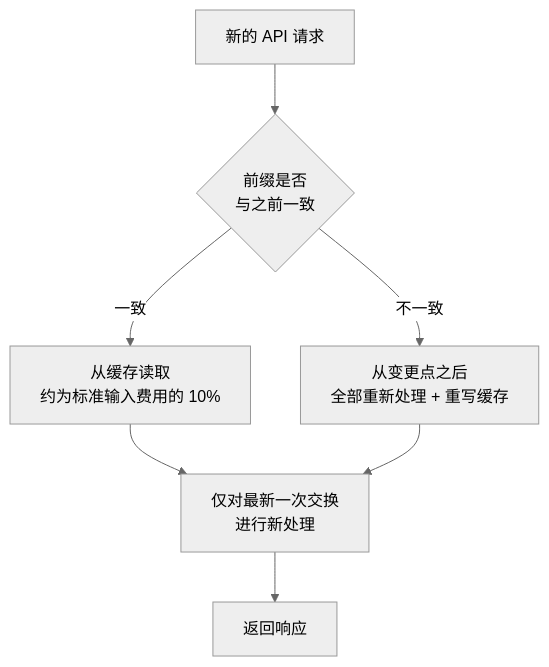
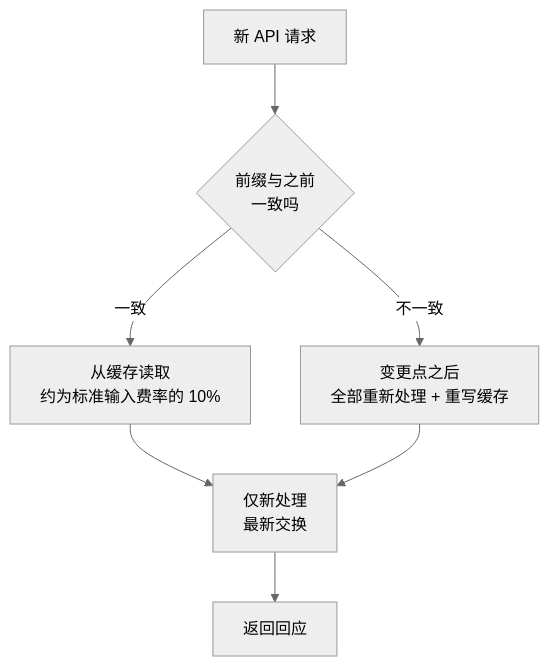
One commit to modu-ai/moai-adk changed the diagram in docs-site/content/zh/claude-code/context-memory/prompt-caching.md. Above: the diagram before and after it, drawn with Mermaid (neutral theme). The commit also changed other lines of this file and 395 other files, not shown here.

````diff
--- a/docs-site/content/zh/claude-code/context-memory/prompt-caching.md
+++ b/docs-site/content/zh/claude-code/context-memory/prompt-caching.md
@@ -26,9 +26,9 @@
 ```mermaid
 flowchart TD
-    A[新的 API 请求] --> B{前缀是否<br>与之前一致}
-    B -->|一致| C[从缓存读取<br>约为标准输入费用的 10%]
-    B -->|不一致| D[从变更点之后<br>全部重新处理 + 重写缓存]
-    C --> E[仅对最新一次交换<br>进行新处理]
+    A[新 API 请求] --> B{前缀与之前<br>一致吗}
+    B -->|一致| C[从缓存读取<br>约为标准输入费率的 10%]
+    B -->|不一致| D[变更点之后<br>全部重新处理 + 重写缓存]
+    C --> E[仅新处理<br>最新交换]
     D --> E
-    E --> F[返回响应]
+    E --> F[返回回应]
 ```
````
